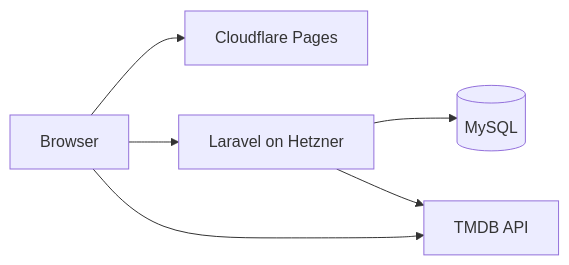
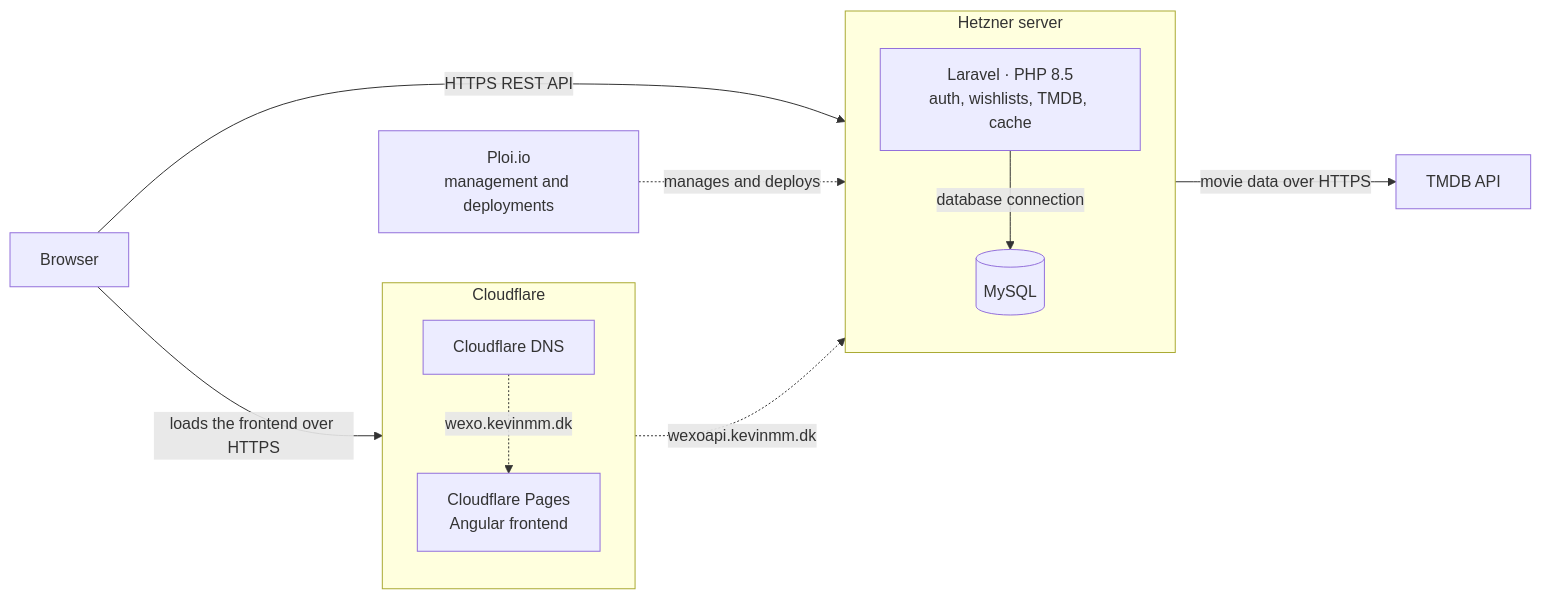
The diagram in README.md (kevin4845/wexo-code-challenge), drawn with Mermaid before and after one commit.

Commit message:
docs: Update README to enhance architecture diagram with detailed subgraphs for Cloudflare and Hetzner server, clarifying the application flow and components

````diff
--- a/README.md
+++ b/README.md
@@ -33,14 +33,27 @@
 ```mermaid
 flowchart LR
   browser[Browser]
-  pages[Cloudflare Pages]
-  api[Laravel on Hetzner]
-  db[(MySQL)]
+
+  subgraph cloudflare[Cloudflare]
+    direction TB
+    dns[Cloudflare DNS]
+    pages[Cloudflare Pages<br/>Angular frontend]
+  end
+
+  subgraph hetzner[Hetzner server]
+    direction TB
+    laravel[Laravel · PHP 8.5<br/>auth, wishlists, TMDB, cache]
+    mysql[(MySQL)]
+  end
+
+  ploi[Ploi.io<br/>management and deployments]
   tmdb[TMDB API]
 
-  browser --> pages
-  browser --> api
-  browser --> tmdb
-  api --> db
-  api --> tmdb
+  dns -.->|wexo.kevinmm.dk| pages
+  dns -.->|wexoapi.kevinmm.dk| laravel
+  browser -->|loads the frontend over HTTPS| pages
+  browser -->|HTTPS REST API| laravel
+  laravel -->|database connection| mysql
+  laravel -->|movie data over HTTPS| tmdb
+  ploi -.->|manages and deploys| hetzner
 ```
````
